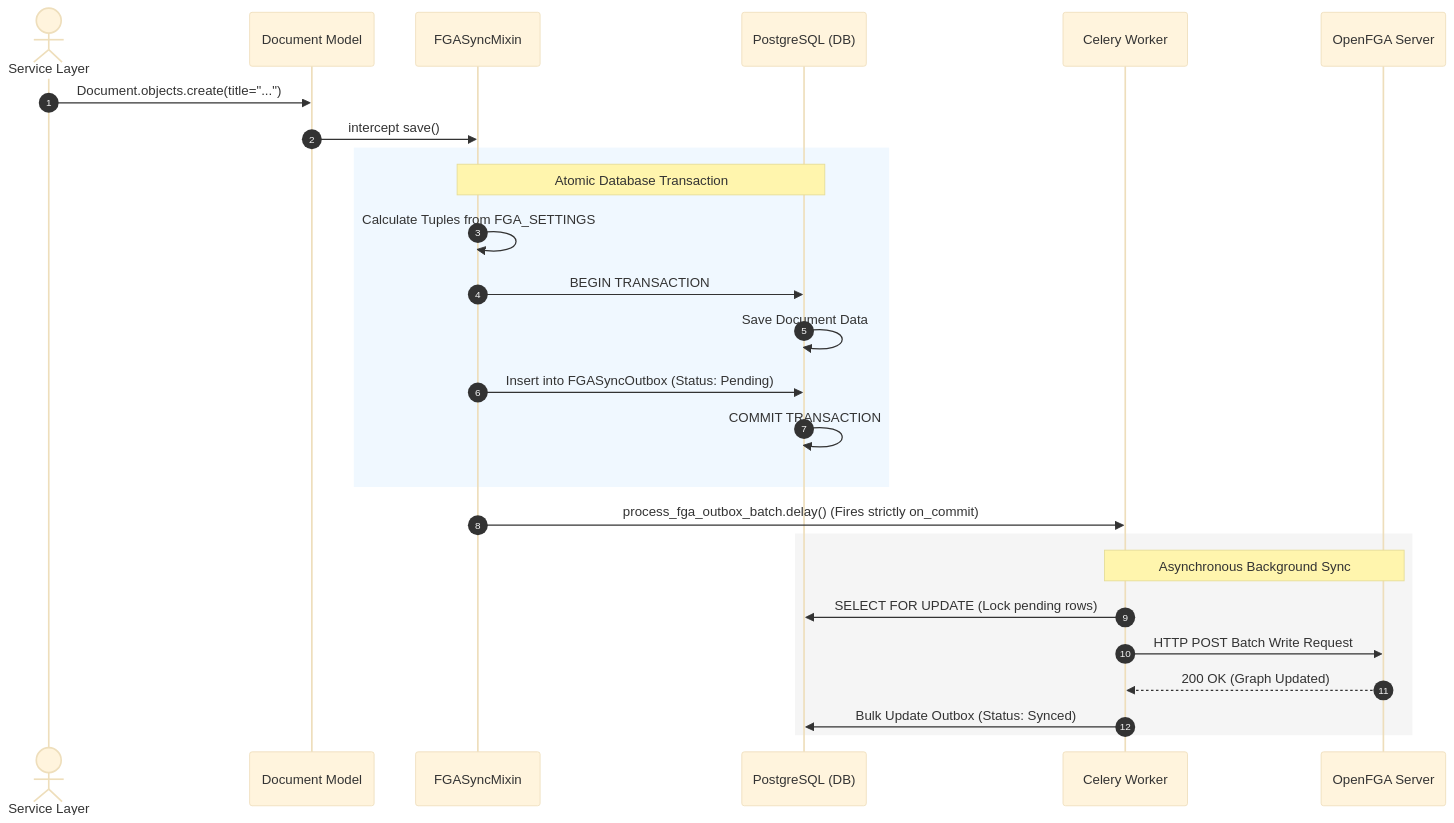
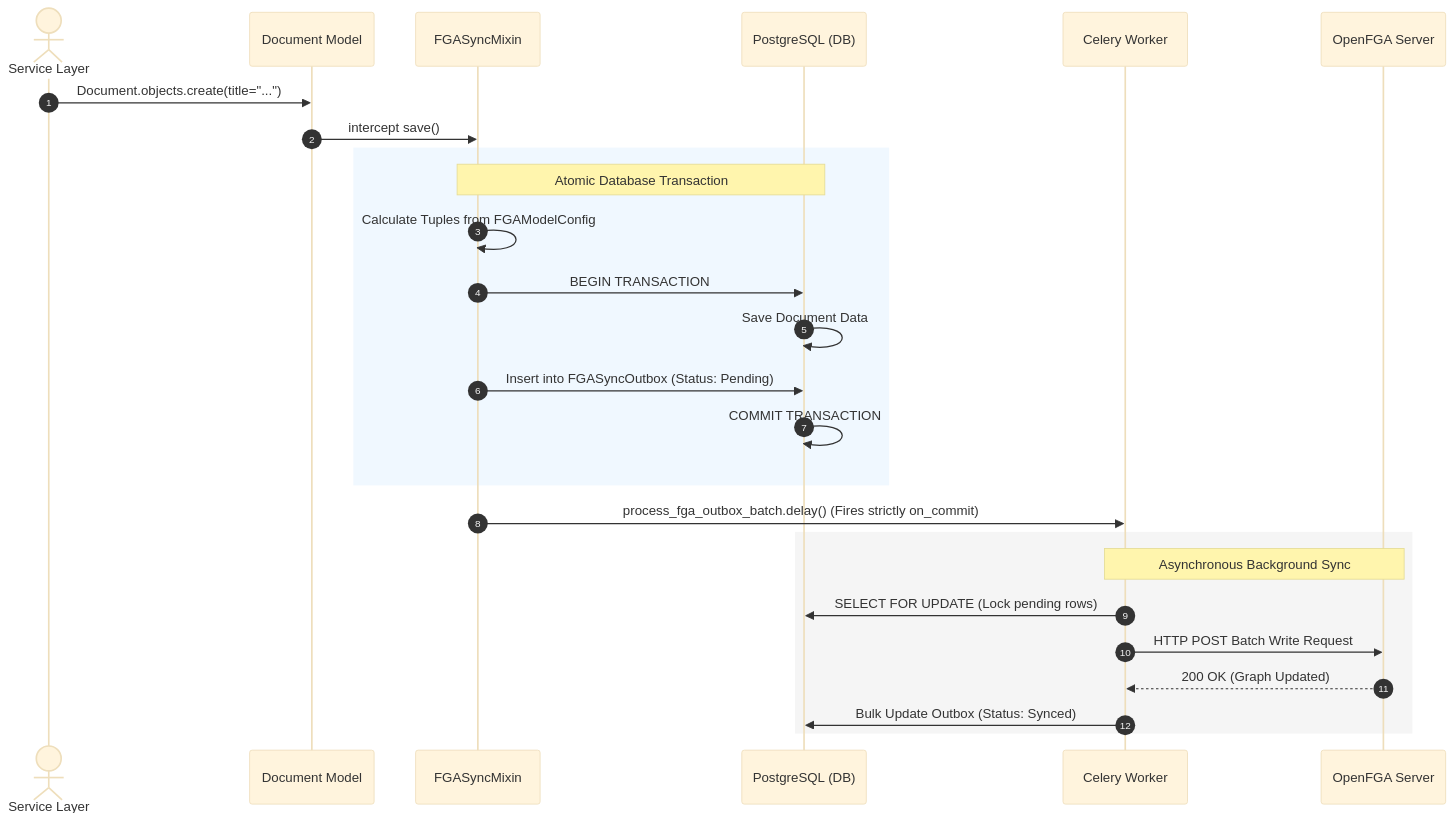
Before and after one commit to aerosadegh/django-fga-data-sync: the second of 2 diagrams in docs/examples/models.md, drawn with Mermaid (base theme). The commit also changed other lines of this file and 7 other files, not shown here.

````diff
--- a/docs/examples/models.md
+++ b/docs/examples/models.md
@@ -113,32 +117,32 @@
 ```mermaid
 sequenceDiagram
     autonumber
     actor Code as Service Layer
     participant Model as Document Model
     participant Mixin as FGASyncMixin
     participant DB as PostgreSQL (DB)
     participant Celery as Celery Worker
     participant FGA as OpenFGA Server
 
     Code->>Model: Document.objects.create(title="...")
     Model->>Mixin: intercept save()
 
     rect rgb(240, 248, 255)
         Note over Mixin, DB: Atomic Database Transaction
-        Mixin->>Mixin: Calculate Tuples from FGA_SETTINGS
+        Mixin->>Mixin: Calculate Tuples from FGAModelConfig
         Mixin->>DB: BEGIN TRANSACTION
         DB->>DB: Save Document Data
         Mixin->>DB: Insert into FGASyncOutbox (Status: Pending)
         DB->>DB: COMMIT TRANSACTION
     end
 
     Mixin->>Celery: process_fga_outbox_batch.delay() (Fires strictly on_commit)
 
     rect rgb(245, 245, 245)
         Note over Celery, FGA: Asynchronous Background Sync
         Celery->>DB: SELECT FOR UPDATE (Lock pending rows)
         Celery->>FGA: HTTP POST Batch Write Request
         FGA-->>Celery: 200 OK (Graph Updated)
         Celery->>DB: Bulk Update Outbox (Status: Synced)
     end
 ```
````
